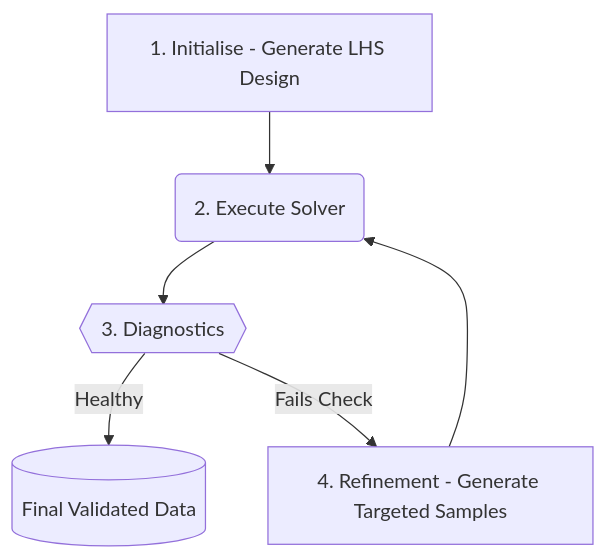
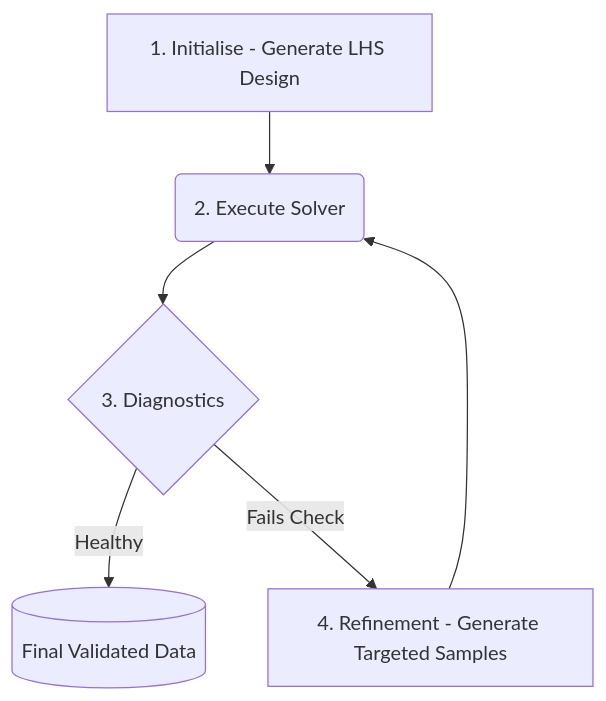
One commit to JGIBristol/digiqual changed the diagram in docs/optimisation.qmd. Above: the diagram before and after it, drawn with Mermaid.

Commit message:
update mermaid diagram

````diff
--- a/docs/optimisation.qmd
+++ b/docs/optimisation.qmd
@@ -9,8 +9,8 @@
 ```{mermaid}
 flowchart TD
     A[1. Initialise - Generate LHS Design] --> B(2. Execute Solver)
-    B --> C{{3. Diagnostics}}
+    B --> C{3. Diagnostics}
     C -->|Healthy| D[(Final Validated Data)]
     C -->|Fails Check| E[4. Refinement - Generate Targeted Samples]
     E --> B
 ```
````
